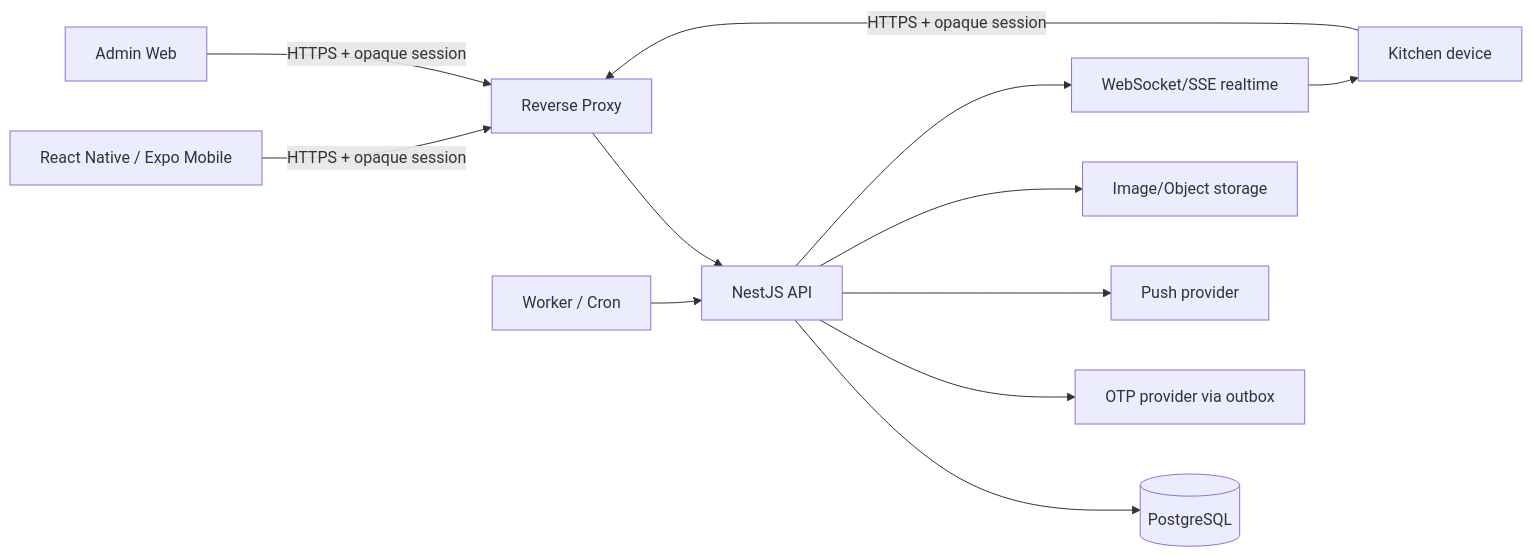
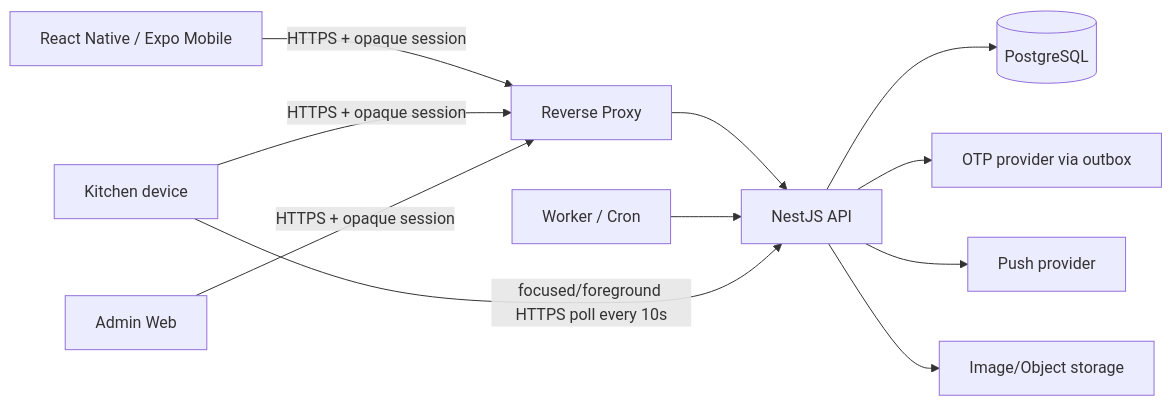
One commit to Wkiugt/IMeal-v3 changed the diagram in docs/02-technical-requirements.md. Above: the diagram before and after it, drawn with Mermaid. The commit also changed other lines of this file and 129 other files, not shown here.

````diff
--- a/docs/02-technical-requirements.md
+++ b/docs/02-technical-requirements.md
@@ -9,14 +9,13 @@
 ```mermaid
 flowchart LR
     M[React Native / Expo Mobile] -->|HTTPS + opaque session| RP[Reverse Proxy]
     K[Kitchen device] -->|HTTPS + opaque session| RP
     AW[Admin Web] -->|HTTPS + opaque session| RP
     RP --> API[NestJS API]
     API --> PG[(PostgreSQL)]
     API --> OTP[OTP provider via outbox]
     API --> PUSH[Push provider]
     API --> IMG[Image/Object storage]
     JOB[Worker / Cron] --> API
-    API --> WS[WebSocket/SSE realtime]
-    WS --> K
+    K -->|focused/foreground HTTPS poll every 10s| API
 ```
````
